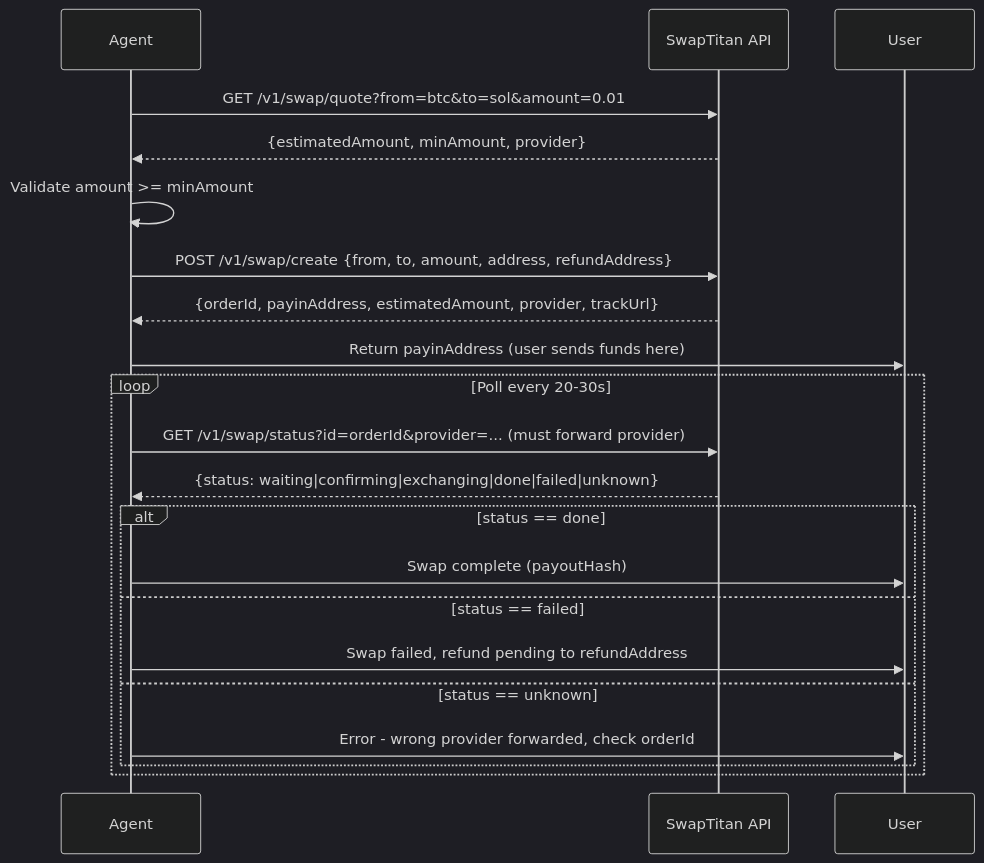
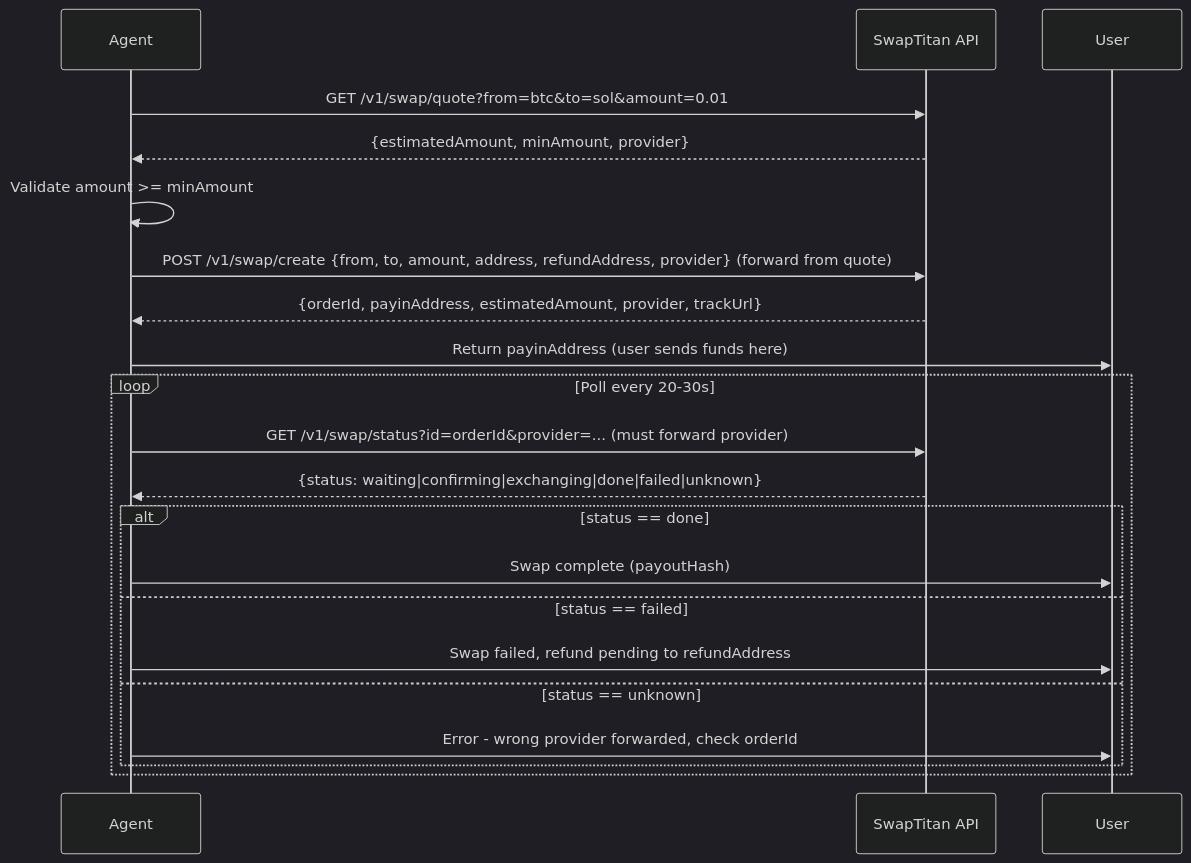
The diagram in providers/swaptitan/swap/PAY.md (polsolbridge/pay-skills), drawn with Mermaid (dark theme) before and after one commit. The commit also changed other lines of this file, not shown here.

Commit message:
fix: forward provider in swap/create mermaid diagram and step description

````diff
--- a/providers/swaptitan/swap/PAY.md
+++ b/providers/swaptitan/swap/PAY.md
@@ -47,28 +47,28 @@
 ```mermaid
 sequenceDiagram
     participant Agent
     participant SwapTitan as SwapTitan API
     participant User
 
     Agent->>SwapTitan: GET /v1/swap/quote?from=btc&to=sol&amount=0.01
     SwapTitan-->>Agent: {estimatedAmount, minAmount, provider}
 
     Agent->>Agent: Validate amount >= minAmount
 
-    Agent->>SwapTitan: POST /v1/swap/create {from, to, amount, address, refundAddress}
+    Agent->>SwapTitan: POST /v1/swap/create {from, to, amount, address, refundAddress, provider} (forward from quote)
     SwapTitan-->>Agent: {orderId, payinAddress, estimatedAmount, provider, trackUrl}
 
     Agent->>User: Return payinAddress (user sends funds here)
 
     loop Poll every 20-30s
         Agent->>SwapTitan: GET /v1/swap/status?id=orderId&provider=... (must forward provider)
         SwapTitan-->>Agent: {status: waiting|confirming|exchanging|done|failed|unknown}
         alt status == done
             Agent->>User: Swap complete (payoutHash)
         else status == failed
             Agent->>User: Swap failed, refund pending to refundAddress
         else status == unknown
             Agent->>User: Error - wrong provider forwarded, check orderId
         end
     end
 ```
````
